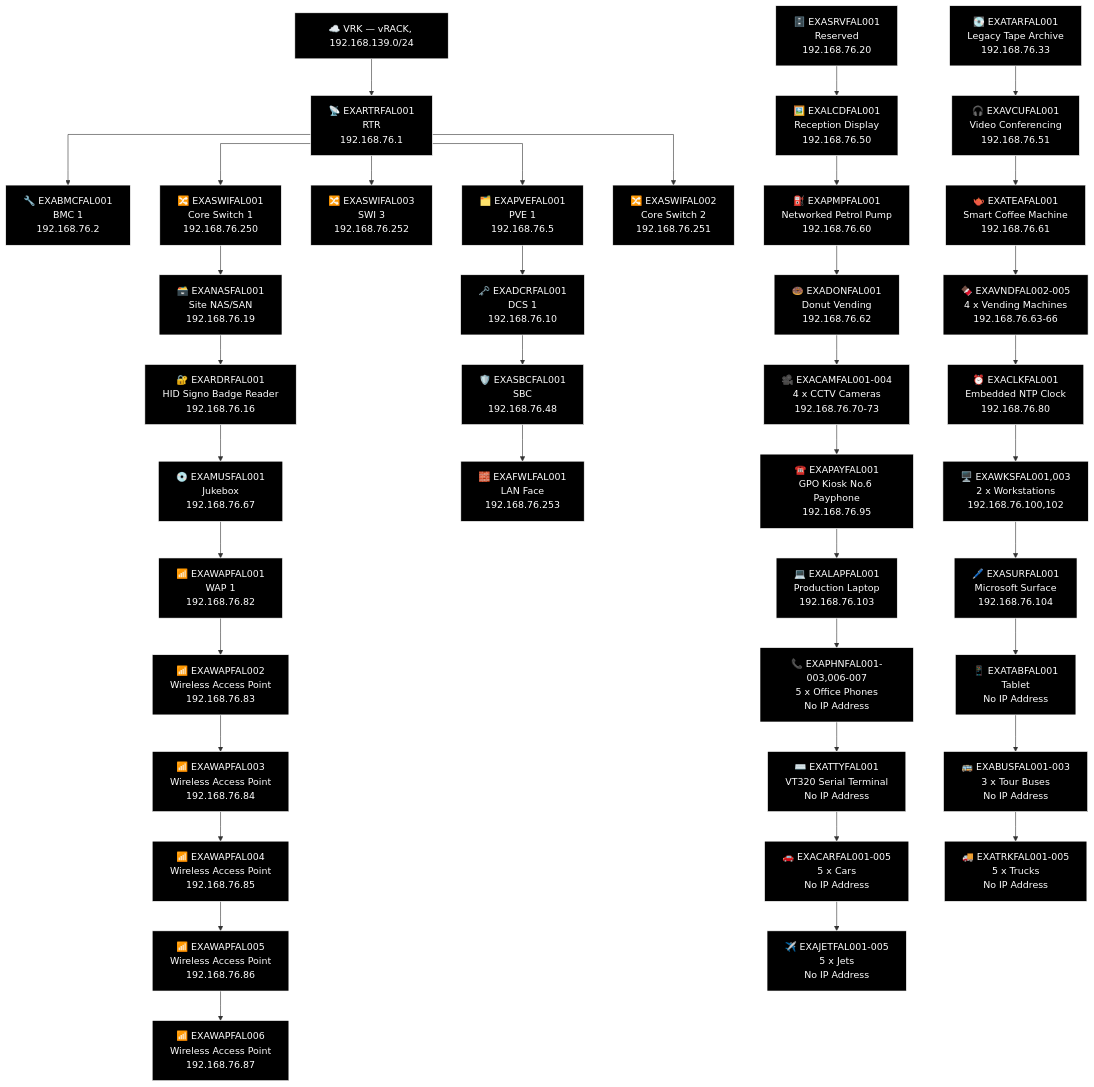
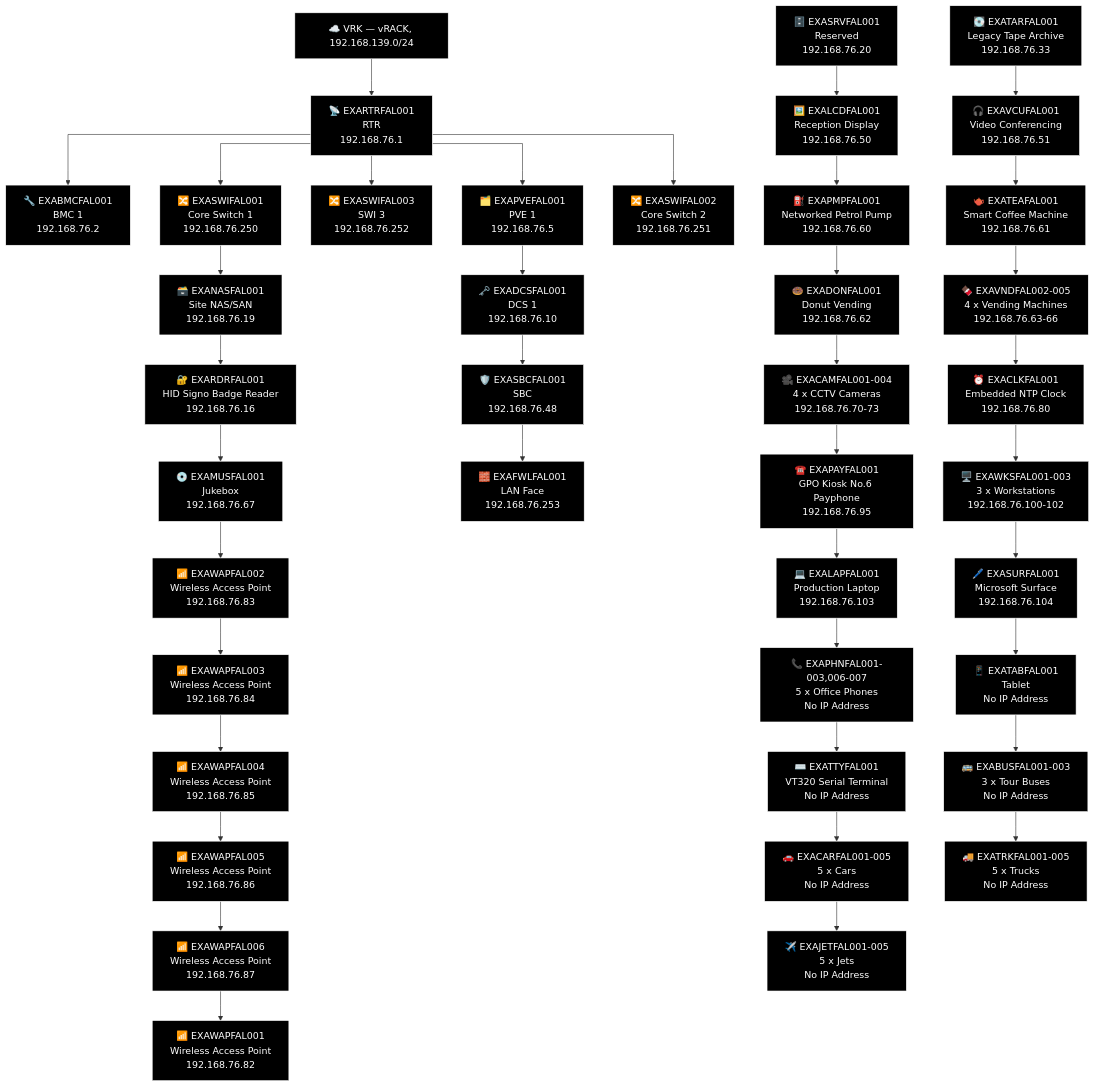
The third of 21 diagrams in docs/network-diagram/scotland.md (knightmare2600/example_music_infra), drawn with Mermaid before and after one commit. The commit also changed other lines of this file and 11 other files, not shown here.

```diff
--- a/docs/network-diagram/scotland.md
+++ b/docs/network-diagram/scotland.md
@@ -245,14 +245,14 @@
     T_NAS["🗃️ EXANASFAL001<br/>Site NAS/SAN<br/>192.168.76.19"]
     T_RDR["🔐 EXARDRFAL001<br/>HID Signo Badge Reader<br/>192.168.76.16"]
     T_MUS["💿 EXAMUSFAL001<br/>Jukebox<br/>192.168.76.67"]
-    T_WAP["📶 EXAWAPFAL001<br/>WAP 1<br/>192.168.76.82"]
-    T_WAP2["📶 EXAWAPFAL002<br/>Wireless Access Point<br/>192.168.76.83"]
-    T_WAP3["📶 EXAWAPFAL003<br/>Wireless Access Point<br/>192.168.76.84"]
-    T_WAP4["📶 EXAWAPFAL004<br/>Wireless Access Point<br/>192.168.76.85"]
-    T_WAP5["📶 EXAWAPFAL005<br/>Wireless Access Point<br/>192.168.76.86"]
-    T_WAP6["📶 EXAWAPFAL006<br/>Wireless Access Point<br/>192.168.76.87"]
+    T_WAP["📶 EXAWAPFAL002<br/>Wireless Access Point<br/>192.168.76.83"]
+    T_WAP2["📶 EXAWAPFAL003<br/>Wireless Access Point<br/>192.168.76.84"]
+    T_WAP3["📶 EXAWAPFAL004<br/>Wireless Access Point<br/>192.168.76.85"]
+    T_WAP4["📶 EXAWAPFAL005<br/>Wireless Access Point<br/>192.168.76.86"]
+    T_WAP5["📶 EXAWAPFAL006<br/>Wireless Access Point<br/>192.168.76.87"]
+    T_WAP6["📶 EXAWAPFAL001<br/>Wireless Access Point<br/>192.168.76.82"]
     T_SWI2 --> T_NAS --> T_RDR --> T_MUS --> T_WAP --> T_WAP2 --> T_WAP3 --> T_WAP4 --> T_WAP5 --> T_WAP6
-    T_DCS["🗝️ EXADCRFAL001<br/>DCS 1<br/>192.168.76.10"]
+    T_DCS["🗝️ EXADCSFAL001<br/>DCS 1<br/>192.168.76.10"]
     T_SBC["🛡️ EXASBCFAL001<br/>SBC<br/>192.168.76.48"]
     T_FWL["🧱 EXAFWLFAL001<br/>LAN Face<br/>192.168.76.253"]
     T_PVE --> T_DCS --> T_SBC --> T_FWL
@@ -267,7 +267,7 @@
     T_OTH_CAM["🎥 EXACAMFAL001-004<br/>4 x CCTV Cameras<br/>192.168.76.70-73"]
     T_CLK["⏰ EXACLKFAL001<br/>Embedded NTP Clock<br/>192.168.76.80"]
     T_PAY["☎️ EXAPAYFAL001<br/>GPO Kiosk No.6 Payphone<br/>192.168.76.95"]
-    T_OTH_WKS["🖥️ EXAWKSFAL001,003<br/>2 x Workstations<br/>192.168.76.100,102"]
+    T_OTH_WKS["🖥️ EXAWKSFAL001-003<br/>3 x Workstations<br/>192.168.76.100-102"]
     T_LAP["💻 EXALAPFAL001<br/>Production Laptop<br/>192.168.76.103"]
     T_SUR["🖊️ EXASURFAL001<br/>Microsoft Surface<br/>192.168.76.104"]
     T_OTH_PHN["📞 EXAPHNFAL001-003,006-007<br/>5 x Office Phones<br/>No IP Address"]
```
